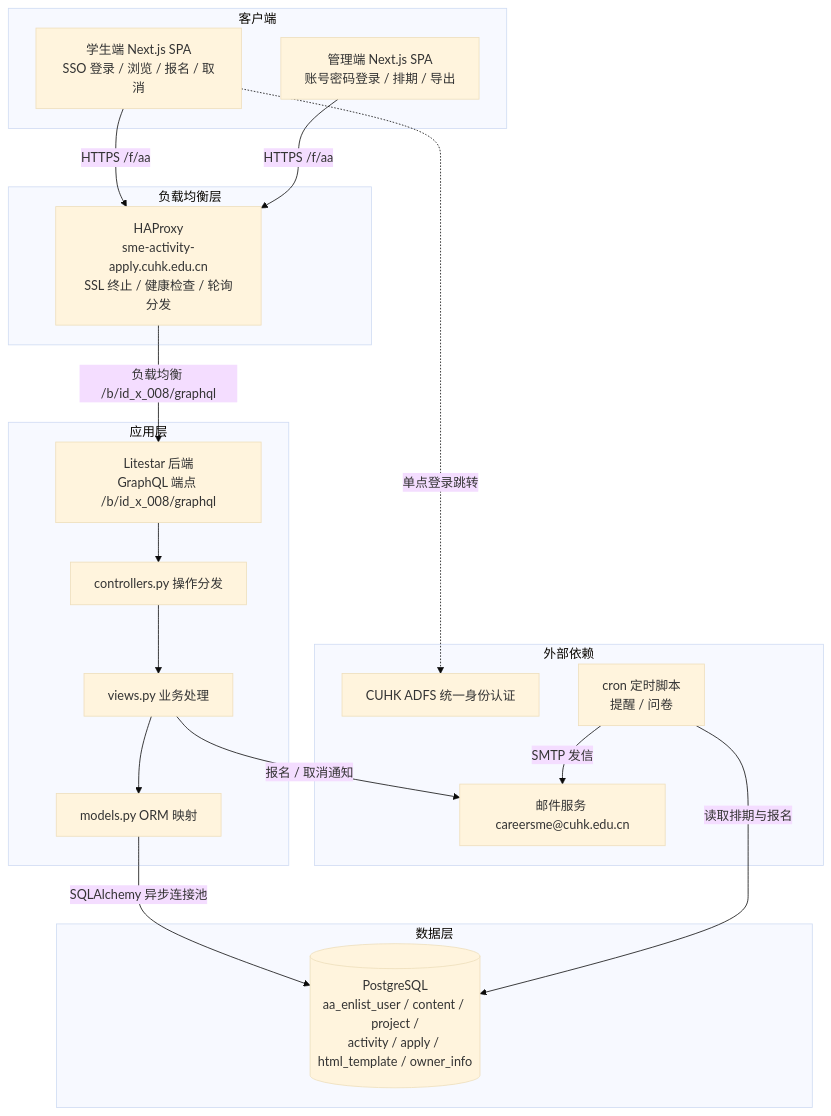
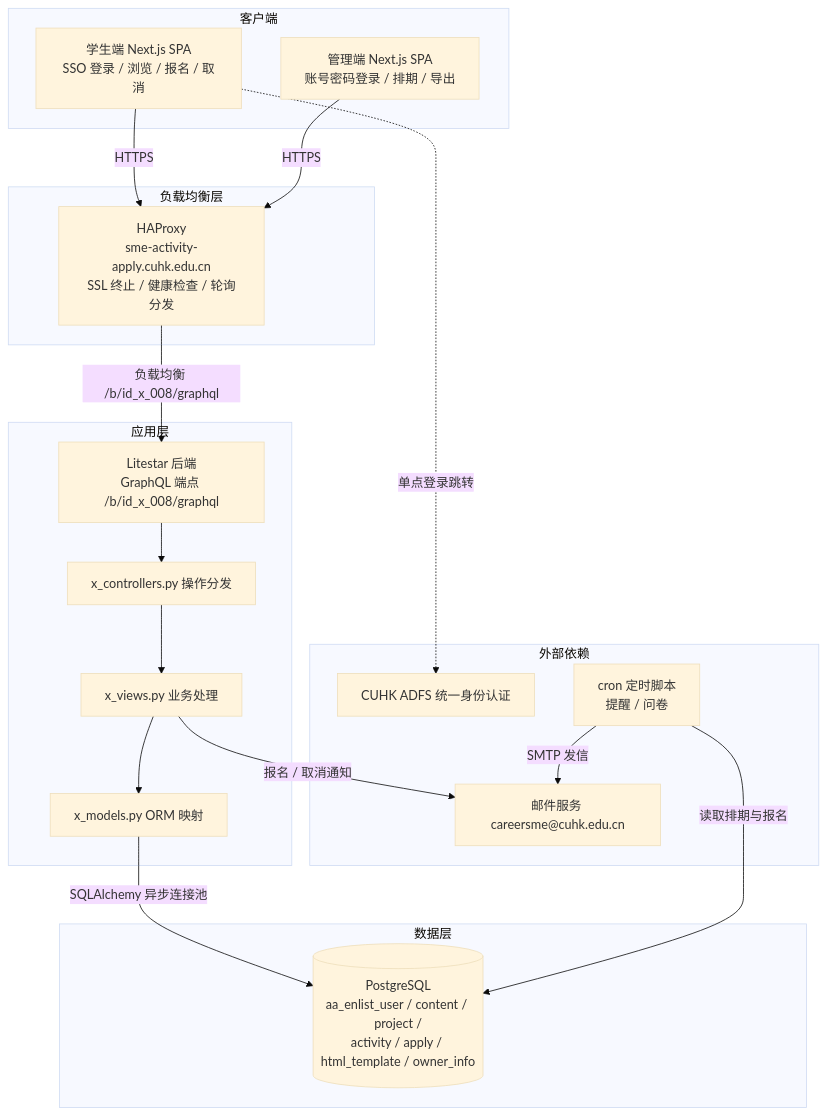
The first of 2 diagrams in README.md (i-TorchLabs/id_x_008), drawn with Mermaid (base theme) before and after one commit. The commit also changed other lines of this file, not shown here.

````diff
--- a/README.md
+++ b/README.md
@@ -64,38 +62,38 @@
 ```mermaid
 graph TD
     subgraph 客户端
         STU[学生端 Next.js SPA<br/>SSO 登录 / 浏览 / 报名 / 取消]
         ADM[管理端 Next.js SPA<br/>账号密码登录 / 排期 / 导出]
     end
 
     subgraph 负载均衡层
         HAP[HAProxy<br/>sme-activity-apply.cuhk.edu.cn<br/>SSL 终止 / 健康检查 / 轮询分发]
     end
 
     subgraph 应用层
         API[Litestar 后端<br/>GraphQL 端点 /b/id_x_008/graphql]
-        CTRL[controllers.py 操作分发]
-        VIEW[views.py 业务处理]
-        MODEL[models.py ORM 映射]
+        CTRL[x_controllers.py 操作分发]
+        VIEW[x_views.py 业务处理]
+        MODEL[x_models.py ORM 映射]
     end
 
     subgraph 数据层
         PG[(PostgreSQL<br/>aa_enlist_user / content / project /<br/>activity / apply / html_template / owner_info)]
     end
 
     subgraph 外部依赖
         SSO[CUHK ADFS 统一身份认证]
         SMTP[邮件服务 careersme@cuhk.edu.cn]
         CRON[cron 定时脚本<br/>提醒 / 问卷]
     end
 
-    STU -->|HTTPS /f/aa| HAP
-    ADM -->|HTTPS /f/aa| HAP
+    STU -->|HTTPS| HAP
+    ADM -->|HTTPS| HAP
     HAP -->|负载均衡 /b/id_x_008/graphql| API
     STU -.->|单点登录跳转| SSO
     API --> CTRL --> VIEW --> MODEL
     MODEL -->|SQLAlchemy 异步连接池| PG
     CRON -->|读取排期与报名| PG
     CRON -->|SMTP 发信| SMTP
     VIEW -->|报名 / 取消通知| SMTP
 ```
````
